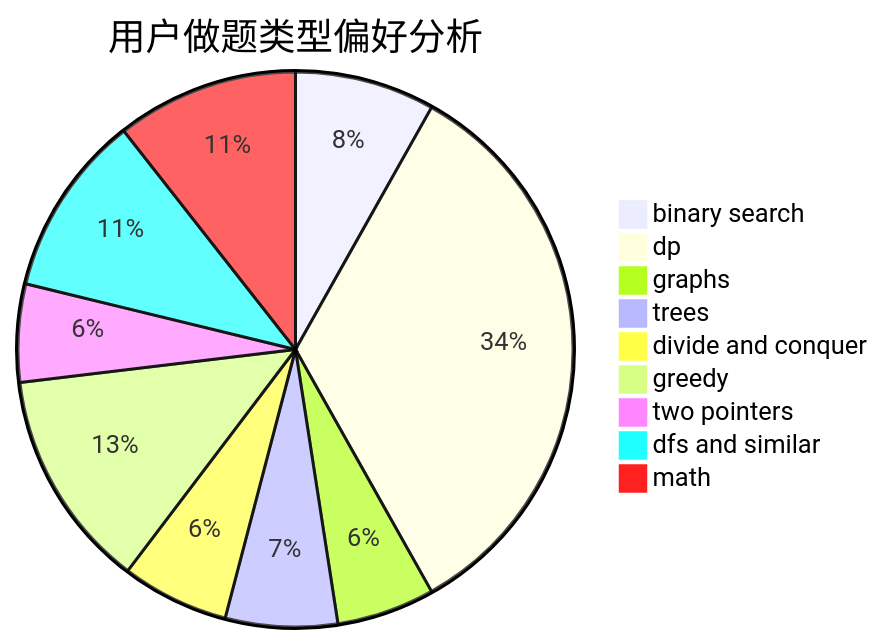
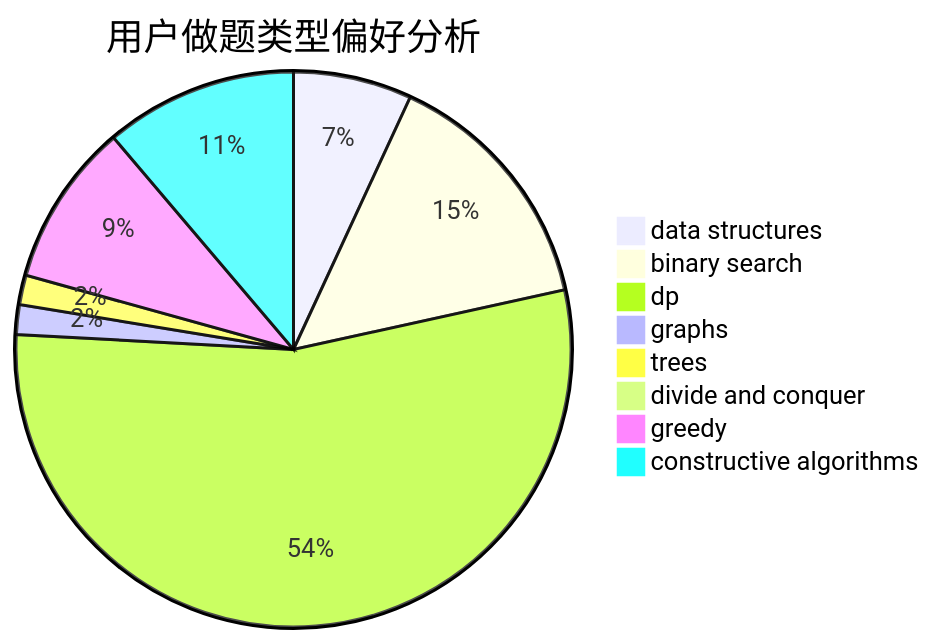
The second of 3 diagrams in docs/user/u1002.md (sherpahu/cfrs.github.io), drawn with Mermaid before and after one commit. The commit also changed other lines of this file and 2775 other files, not shown here.

````diff
--- a/docs/user/u1002.md
+++ b/docs/user/u1002.md
@@ -23,12 +23,11 @@
 ```mermaid
 pie title 用户做题类型偏好分析
-    "binary search" :  30
-    "dp" :  124
-    "graphs" :  21
-    "trees" :  24
-    "divide and conquer" :  23
-    "greedy" :  47
-    "two pointers" :  21
-    "dfs and similar" :  39
-    "math" :  39
+    "data structures" :  8
+    "binary search" :  17
+    "dp" :  63
+    "graphs" :  2
+    "trees" :  2
+    "divide and conquer" :  0
+    "greedy" :  11
+    "constructive algorithms" :  13
 ```
````
